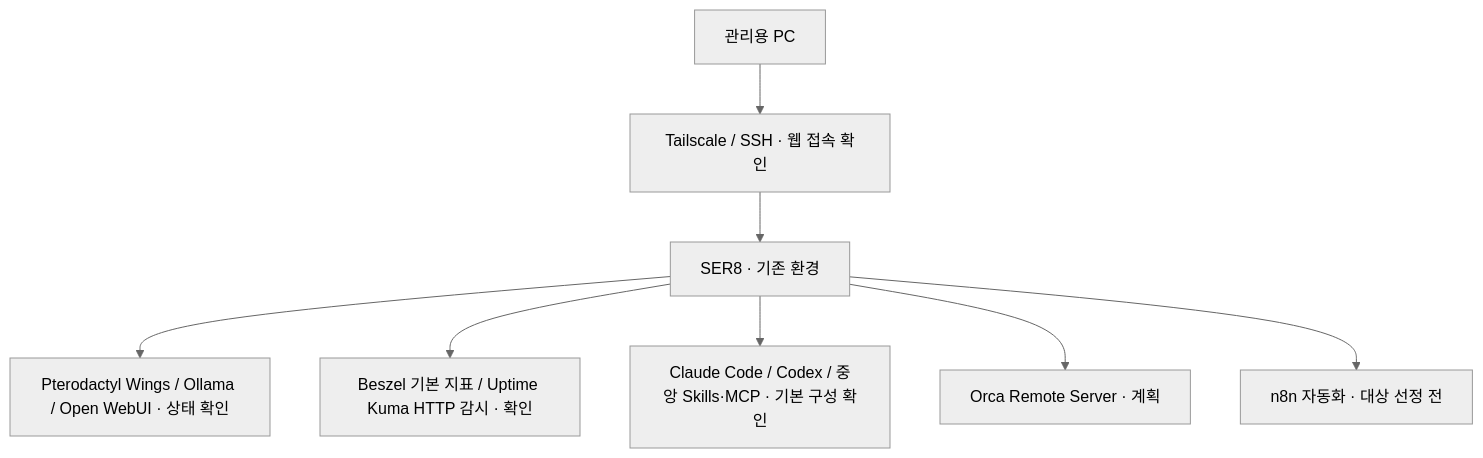
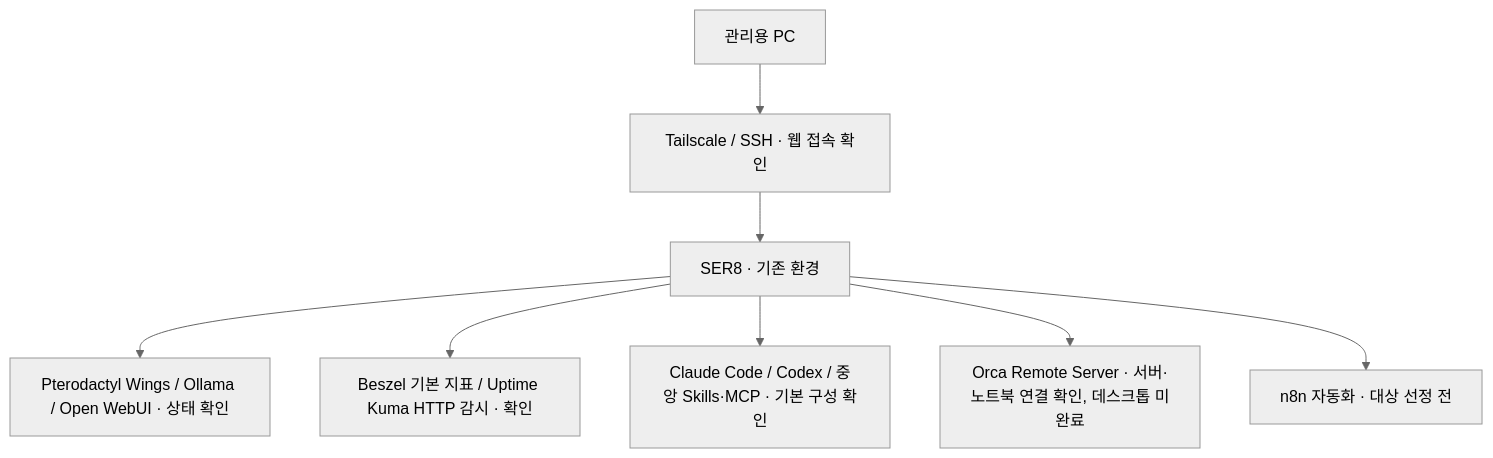
Before and after one commit to kosmos-s/ser8-home-server-ai: the diagram in README.md, drawn with Mermaid (neutral theme). The commit also changed other lines of this file and 4 other files, not shown here.

First line of the commit message:
docs: record Orca server setup, service switch, and project split

````diff
--- a/README.md
+++ b/README.md
@@ -49,10 +50,10 @@
 ```mermaid
 flowchart TD
     A[관리용 PC] --> B[Tailscale / SSH · 웹 접속 확인]
     B --> C[SER8 · 기존 환경]
     C --> D[Pterodactyl Wings / Ollama / Open WebUI · 상태 확인]
     C --> E[Beszel 기본 지표 / Uptime Kuma HTTP 감시 · 확인]
     C --> F[Claude Code / Codex / 중앙 Skills·MCP · 기본 구성 확인]
-    C --> G[Orca Remote Server · 계획]
+    C --> G[Orca Remote Server · 서버·노트북 연결 확인, 데스크톱 미완료]
     C --> H[n8n 자동화 · 대상 선정 전]
 ```
````
